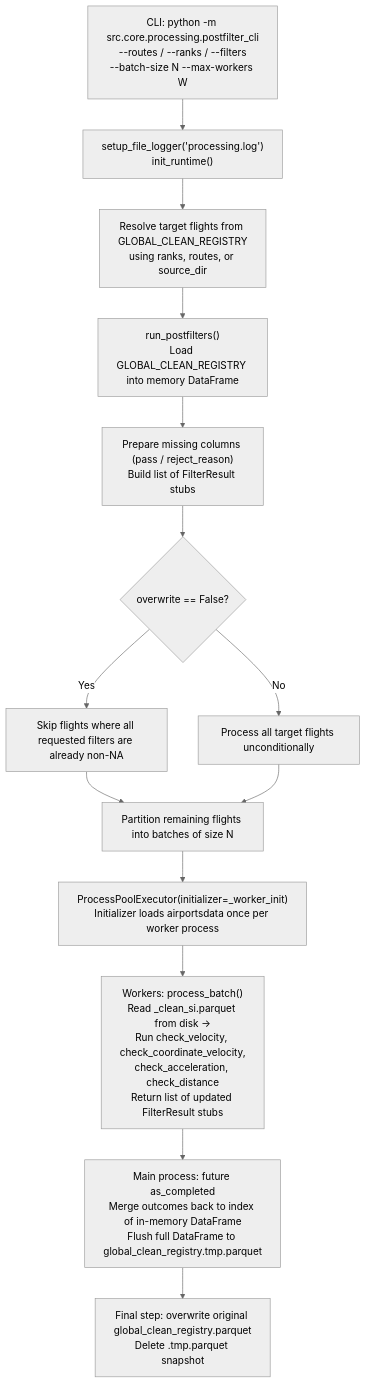
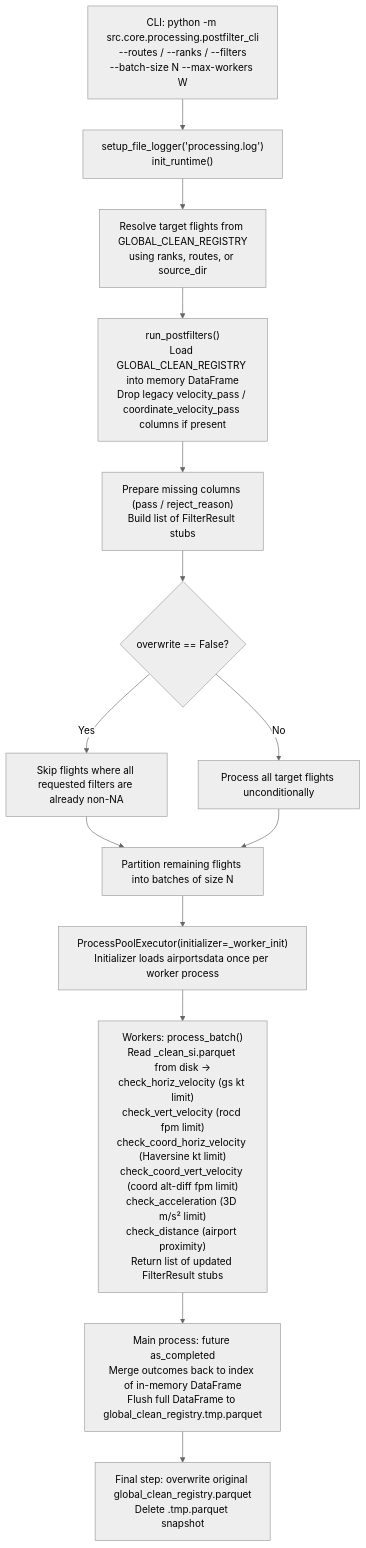
One commit to Bauzement123/flight-physics-pipeline changed the second of 3 diagrams in src/core/processing/README.md. Above: the diagram before and after it, drawn with Mermaid (neutral theme). The commit also changed other lines of this file and 6 other files, not shown here.

````diff
--- a/src/core/processing/README.md
+++ b/src/core/processing/README.md
@@ -254,16 +255,16 @@
 ```mermaid
 flowchart TD
     A["CLI: python -m src.core.processing.postfilter_cli\n--routes / --ranks / --filters\n--batch-size N --max-workers W"] --> B["setup_file_logger('processing.log')\ninit_runtime()"]
     B --> C["Resolve target flights from GLOBAL_CLEAN_REGISTRY\nusing ranks, routes, or source_dir"]
-    C --> D["run_postfilters()\nLoad GLOBAL_CLEAN_REGISTRY into memory DataFrame"]
+    C --> D["run_postfilters()\nLoad GLOBAL_CLEAN_REGISTRY into memory DataFrame\nDrop legacy velocity_pass / coordinate_velocity_pass columns if present"]
     D --> E["Prepare missing columns (pass / reject_reason)\nBuild list of FilterResult stubs"]
     E --> F{"overwrite == False?"}
     F -->|Yes| G["Skip flights where all requested filters are already non-NA"]
     F -->|No| H["Process all target flights unconditionally"]
     G --> I["Partition remaining flights into batches of size N"]
     H --> I
     I --> J["ProcessPoolExecutor(initializer=_worker_init)\nInitializer loads airportsdata once per worker process"]
-    J --> K["Workers: process_batch()\nRead _clean_si.parquet from disk →\nRun check_velocity, check_coordinate_velocity,\ncheck_acceleration, check_distance\nReturn list of updated FilterResult stubs"]
+    J --> K["Workers: process_batch()\nRead _clean_si.parquet from disk →\ncheck_horiz_velocity (gs kt limit)\ncheck_vert_velocity (rocd fpm limit)\ncheck_coord_horiz_velocity (Haversine kt limit)\ncheck_coord_vert_velocity (coord alt-diff fpm limit)\ncheck_acceleration (3D m/s² limit)\ncheck_distance (airport proximity)\nReturn list of updated FilterResult stubs"]
     K --> L["Main process: future as_completed\nMerge outcomes back to index of in-memory DataFrame\nFlush full DataFrame to global_clean_registry.tmp.parquet"]
     L --> M["Final step: overwrite original global_clean_registry.parquet\nDelete .tmp.parquet snapshot"]
 ```
````
